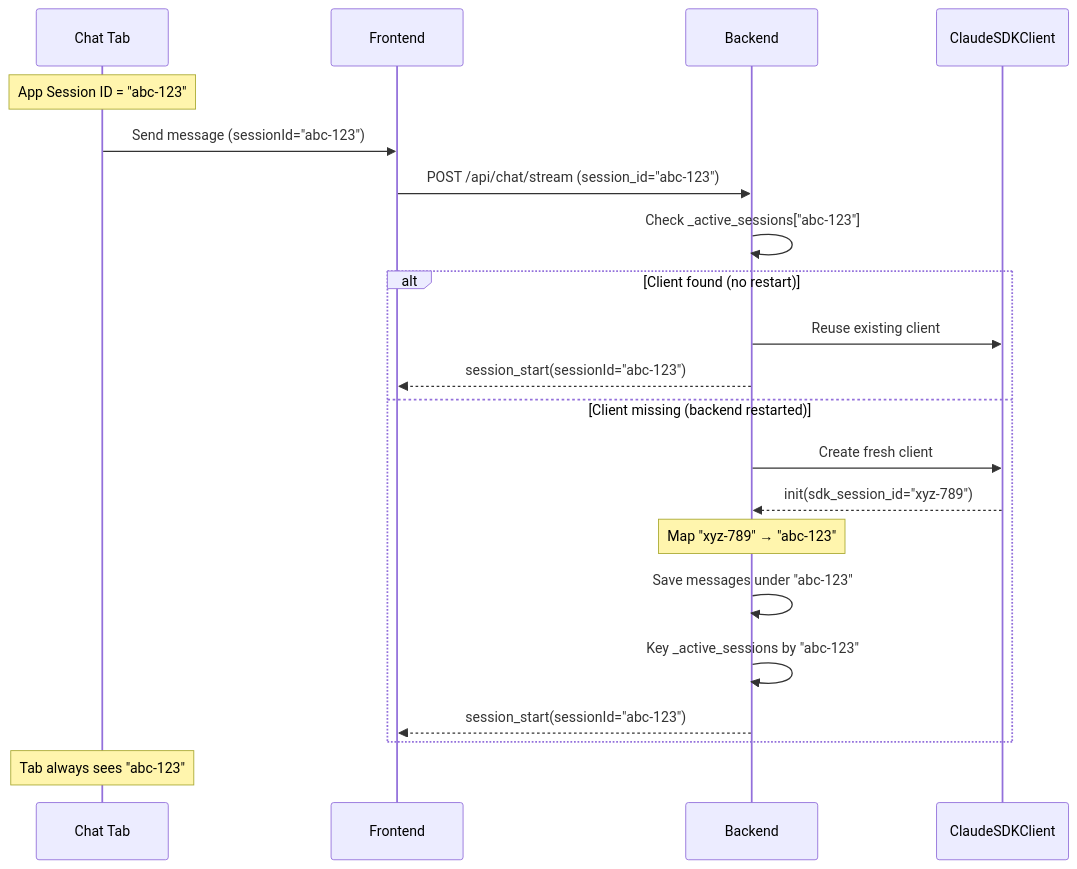
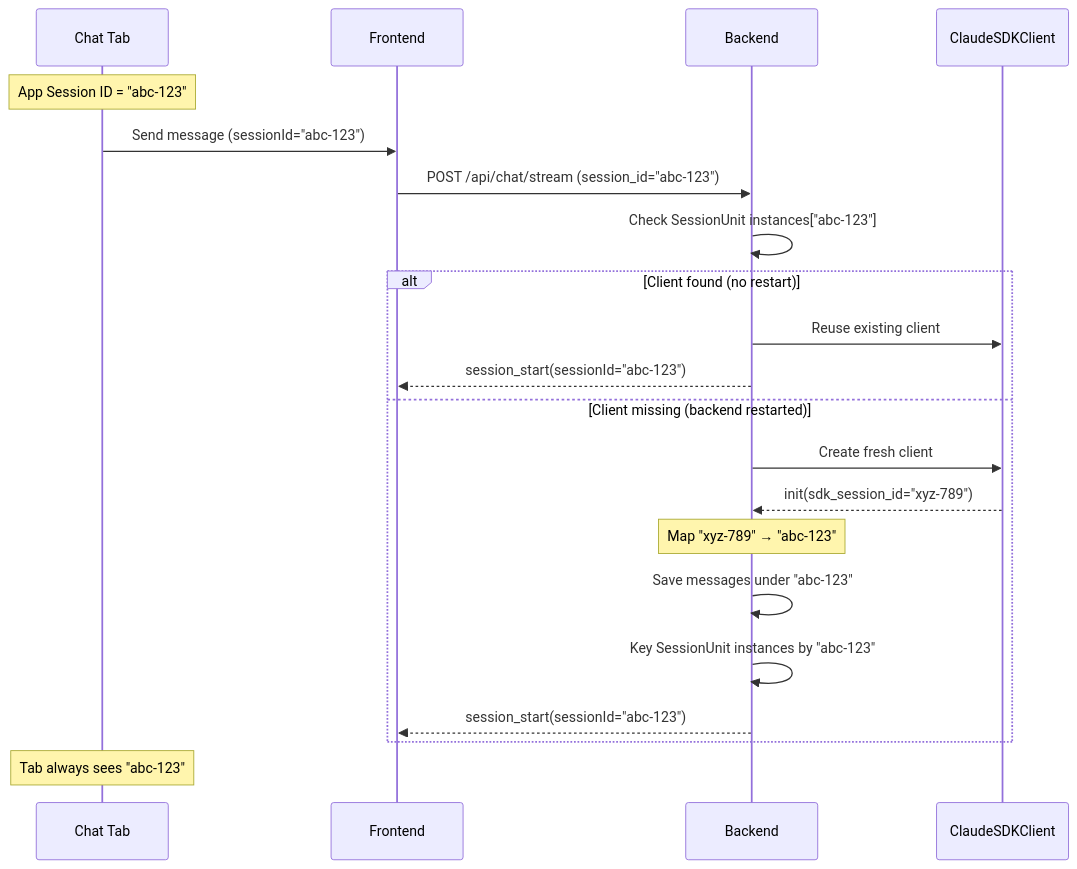
The eighth of 20 diagrams in .kiro/specs/system-specs/FLOWCHARTS.md (xg-gh-25/SwarmAI), drawn with Mermaid before and after one commit. The commit also changed other lines of this file and 7 other files, not shown here.

First line of the commit message:
docs: refresh system-specs for multi-session re-architecture

````diff
--- a/.kiro/specs/system-specs/FLOWCHARTS.md
+++ b/.kiro/specs/system-specs/FLOWCHARTS.md
@@ -237,28 +237,28 @@
 ```mermaid
 sequenceDiagram
     participant Tab as Chat Tab
     participant FE as Frontend
     participant BE as Backend
     participant SDK as ClaudeSDKClient
 
     Note over Tab: App Session ID = "abc-123"
 
     Tab->>FE: Send message (sessionId="abc-123")
     FE->>BE: POST /api/chat/stream (session_id="abc-123")
 
-    BE->>BE: Check _active_sessions["abc-123"]
+    BE->>BE: Check SessionUnit instances["abc-123"]
 
     alt Client found (no restart)
         BE->>SDK: Reuse existing client
         BE-->>FE: session_start(sessionId="abc-123")
     else Client missing (backend restarted)
         BE->>SDK: Create fresh client
         SDK-->>BE: init(sdk_session_id="xyz-789")
         Note over BE: Map "xyz-789" → "abc-123"
         BE->>BE: Save messages under "abc-123"
-        BE->>BE: Key _active_sessions by "abc-123"
+        BE->>BE: Key SessionUnit instances by "abc-123"
         BE-->>FE: session_start(sessionId="abc-123")
     end
 
     Note over Tab: Tab always sees "abc-123"
 ```
````
